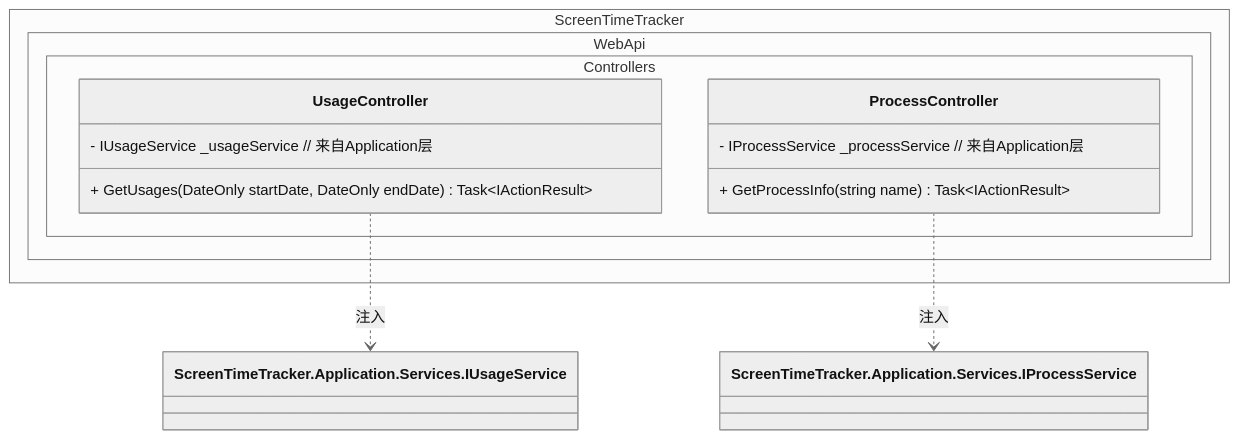
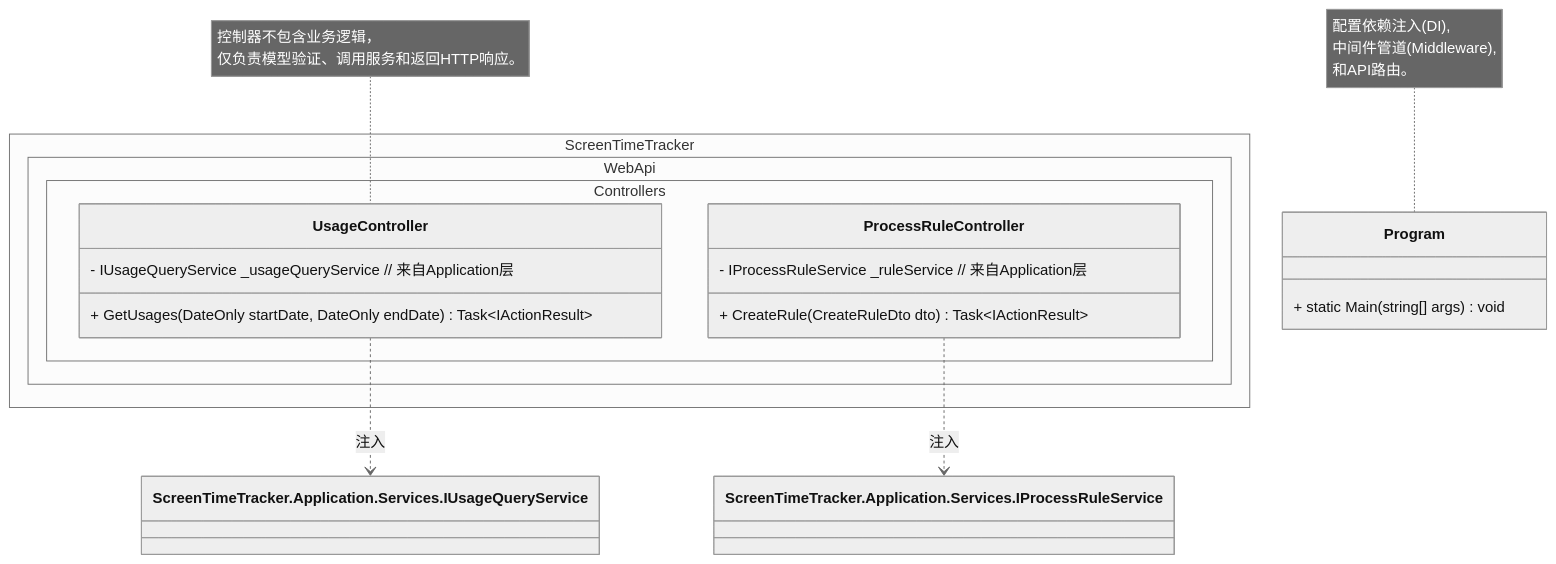
One commit to LaLa-HaHa-Hei/ScreenTimeTracker changed the fifth of 6 diagrams in docs/class-diagram.md. Above: the diagram before and after it, drawn with Mermaid (neutral theme). The commit also changed other lines of this file, not shown here.

Commit message:
更新类图

````diff
--- a/docs/class-diagram.md
+++ b/docs/class-diagram.md
@@ -183,18 +209,24 @@
 ```mermaid 
 classDiagram
     direction TB
+    class Program {
+        + static Main(string[] args) void
+    }
+    note for Program "配置依赖注入(DI),<br/>中间件管道(Middleware),<br/>和API路由。"
+
     namespace ScreenTimeTracker.WebApi.Controllers {
         class UsageController {
-            - IUsageService _usageService  // 来自Application层
+            - IUsageQueryService _usageQueryService  // 来自Application层
             + GetUsages(DateOnly startDate, DateOnly endDate) Task~IActionResult~
         }
-        class ProcessController {
-            - IProcessService _processService // 来自Application层
-            + GetProcessInfo(string name) Task~IActionResult~
+        class ProcessRuleController {
+            - IProcessRuleService _ruleService // 来自Application层
+            + CreateRule(CreateRuleDto dto) Task~IActionResult~
         }
     }
+    note for UsageController "控制器不包含业务逻辑，<br/>仅负责模型验证、调用服务和返回HTTP响应。"
 
     %% Dependencies
-    UsageController ..> ScreenTimeTracker.Application.Services.IUsageService : 注入
-    ProcessController ..> ScreenTimeTracker.Application.Services.IProcessService : 注入
+    UsageController ..> ScreenTimeTracker.Application.Services.IUsageQueryService : 注入
+    ProcessRuleController ..> ScreenTimeTracker.Application.Services.IProcessRuleService : 注入
 ```
````
